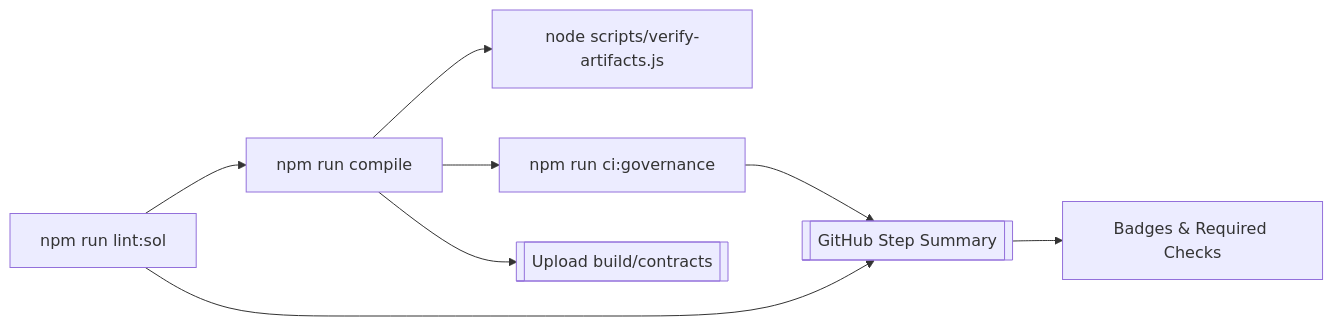
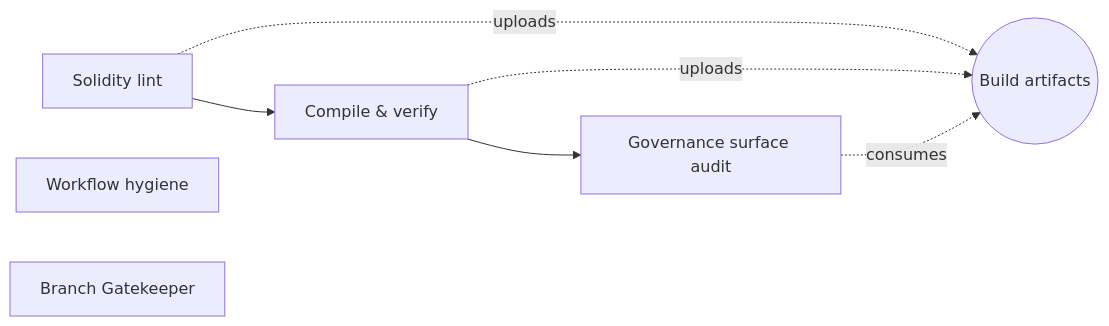
Before and after one commit to MontrealAI/agijobs-sovereign-labor-v0p1: the second of 3 diagrams in README.md, drawn with Mermaid. The commit also changed other lines of this file and 3 other files, not shown here.

````diff
--- a/README.md
+++ b/README.md
@@ -120,10 +118,10 @@
 ```mermaid
 flowchart LR
-    lint[npm run lint:sol] --> compile[npm run compile]
-    compile --> verifyArtifacts[node scripts/verify-artifacts.js]
-    compile --> governance[npm run ci:governance]
-    compile --> artifacts[[Upload build/contracts]]
-    governance --> summary[[GitHub Step Summary]]
-    lint --> summary
-    summary --> badge[Badges & Required Checks]
+    Lint[Solidity lint] --> Compile[Compile & verify]
+    Compile --> Governance[Governance surface audit]
+    Workflow[Workflow hygiene]
+    BranchGate[Branch Gatekeeper]
+    Lint -. uploads .-> Artifacts((Build artifacts))
+    Compile -. uploads .-> Artifacts
+    Governance -. consumes .-> Artifacts
 ```
````
